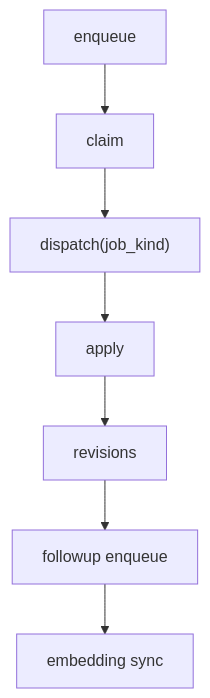
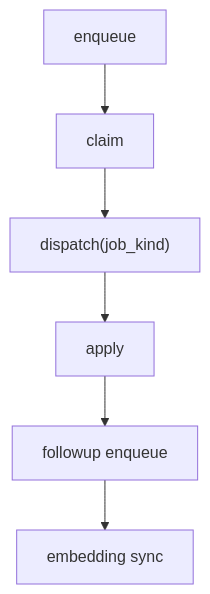
Before and after one commit to hirona98/OtomeKairo: the third of 3 diagrams in docs/32_記憶設計.md, drawn with Mermaid. The commit also changed other lines of this file and 17 other files, not shown here.

````diff
--- a/docs/32_記憶設計.md
+++ b/docs/32_記憶設計.md
@@ -439,9 +434,8 @@
 ```mermaid
 flowchart TD
     enqueue["enqueue"] --> claim["claim"]
     claim --> dispatch["dispatch(job_kind)"]
     dispatch --> apply["apply"]
-    apply --> revisions["revisions"]
-    revisions --> followup["followup enqueue"]
+    apply --> followup["followup enqueue"]
     followup --> sync["embedding sync"]
 ```
````
